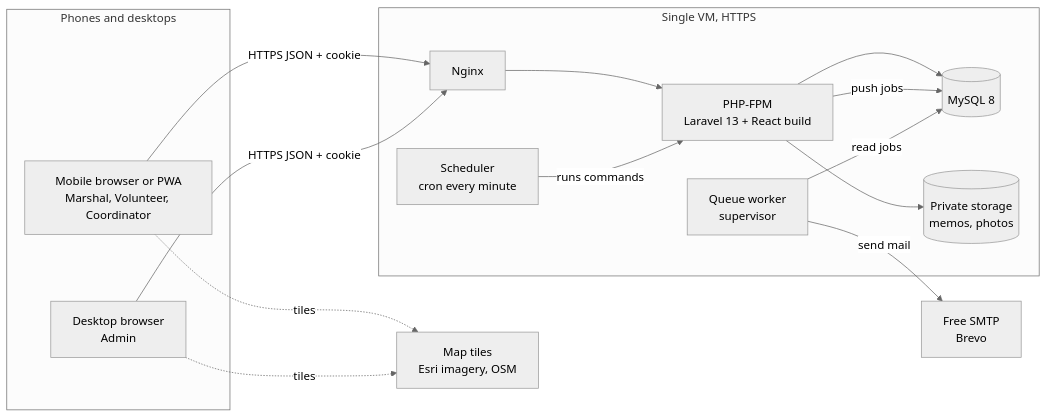
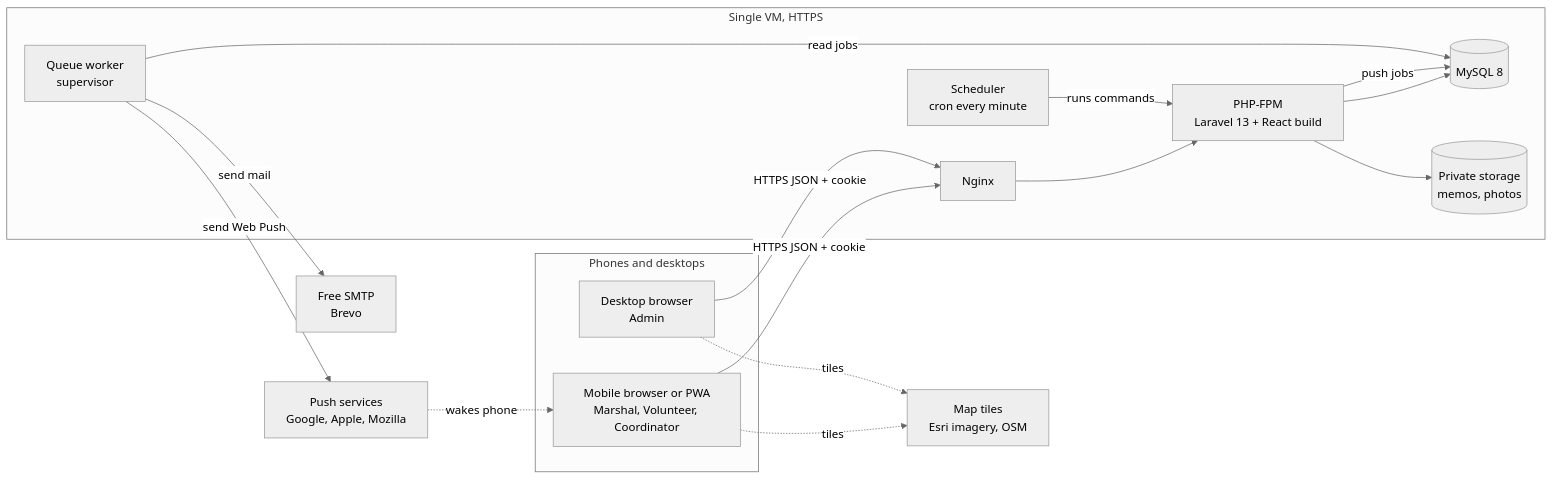
One commit to yoyodevc/drrmo-eams changed the first of 4 diagrams in docs/ARCHITECTURE.md. Above: the diagram before and after it, drawn with Mermaid (neutral theme). The commit also changed other lines of this file and 13 other files, not shown here.

````diff
--- a/docs/ARCHITECTURE.md
+++ b/docs/ARCHITECTURE.md
@@ -7,31 +7,34 @@
 ```mermaid
 flowchart LR
     subgraph Phones and desktops
         M[Mobile browser or PWA<br/>Marshal, Volunteer, Coordinator]
         D[Desktop browser<br/>Admin]
     end
 
     subgraph Server [Single VM, HTTPS]
         N[Nginx]
         P[PHP-FPM<br/>Laravel 13 + React build]
         Q[Queue worker<br/>supervisor]
         C[Scheduler<br/>cron every minute]
         DB[(MySQL 8)]
         FS[(Private storage<br/>memos, photos)]
     end
 
     SMTP[Free SMTP<br/>Brevo]
+    PUSH[Push services<br/>Google, Apple, Mozilla]
     TILES[Map tiles<br/>Esri imagery, OSM]
 
     M -- HTTPS JSON + cookie --> N
     D -- HTTPS JSON + cookie --> N
     N --> P
     P --> DB
     P --> FS
     P -- push jobs --> DB
     Q -- read jobs --> DB
     Q -- send mail --> SMTP
+    Q -- send Web Push --> PUSH
+    PUSH -. wakes phone .-> M
     C -- runs commands --> P
     M -. tiles .-> TILES
     D -. tiles .-> TILES
 ```
````
